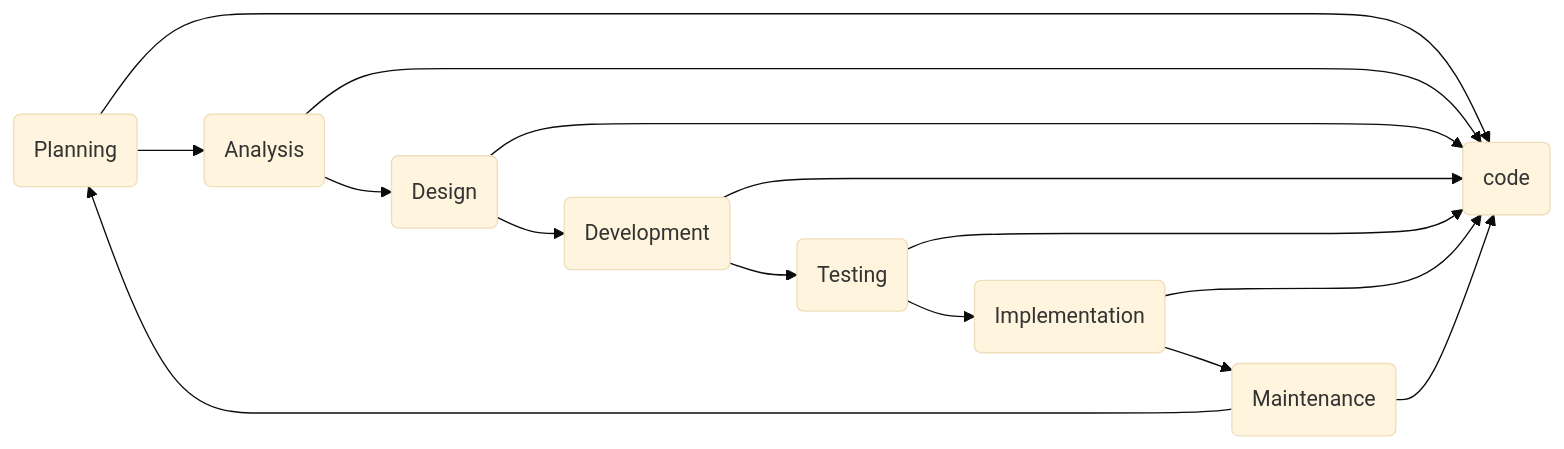
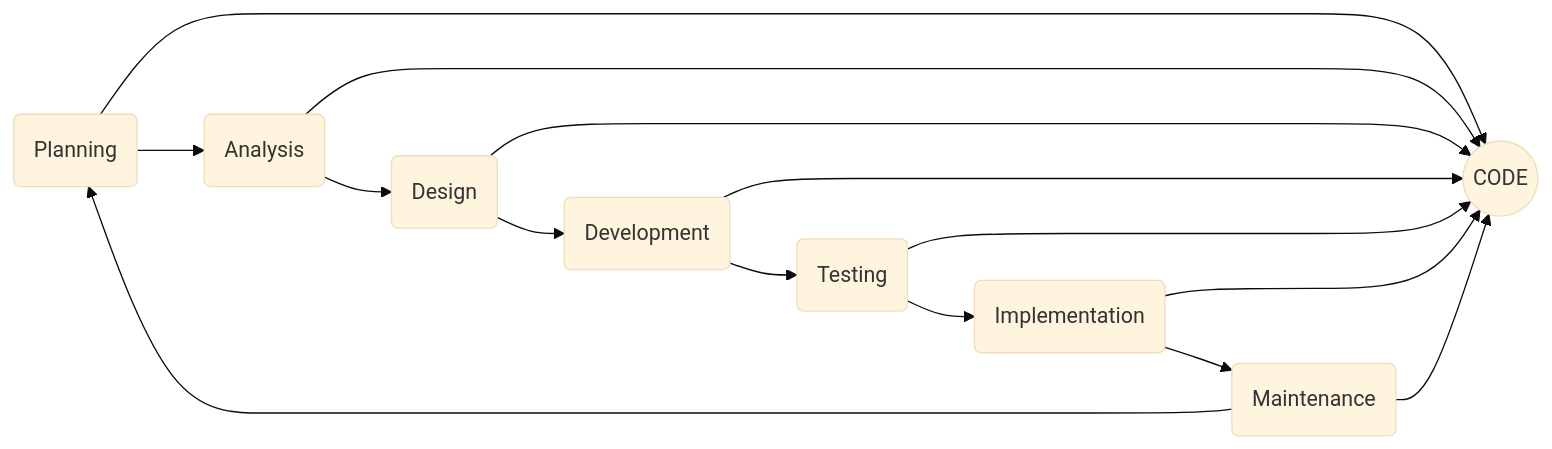
The first of 2 diagrams in AlexMcCombie-Coder-README.md (alex-mccombie/resume_readme), drawn with Mermaid (base theme) before and after one commit.

````diff
--- a/AlexMcCombie-Coder-README.md
+++ b/AlexMcCombie-Coder-README.md
@@ -281,17 +281,17 @@
 ```mermaid
   graph LR;
-      Planning(Planning)-->code(code);
+      Planning(Planning)-->code((CODE));
       Planning-->Analysis;
       Analysis(Analysis)-->code;
       Analysis-->Design;
       Design(Design)-->code;
       Design-->Development;
       Development(Development)-->code;
       Development-->Testing;
       Testing(Testing)-->code;
       Testing-->Implementation;
       Implementation(Implementation)-->code;
       Implementation-->Maintenance;
       Maintenance(Maintenance)-->code;
       Maintenance-->Planning;
 ```
````
